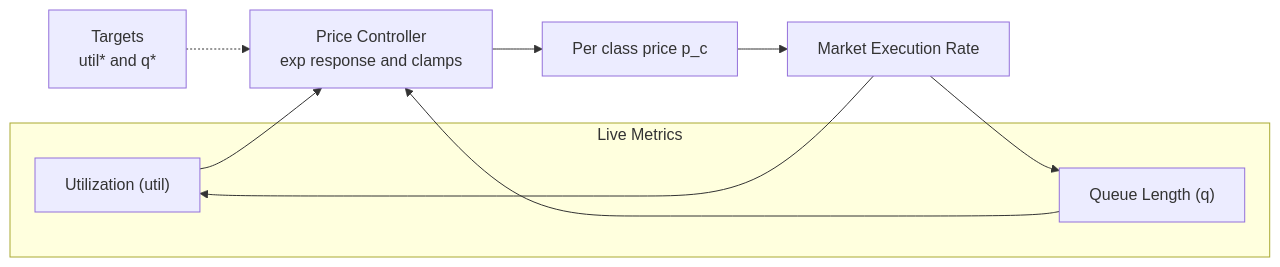
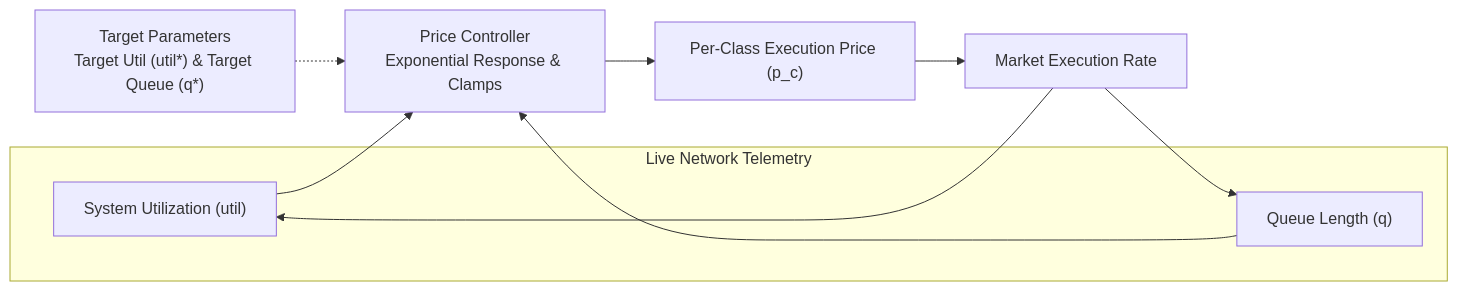
Before and after one commit to axionaxprotocol/nakharax: the fourth of 7 diagrams in docs/architecture/NAKHARAX_PROTOCOL.md, drawn with Mermaid. The commit also changed other lines of this file and 53 other files, not shown here.

````diff
--- a/docs/architecture/NAKHARAX_PROTOCOL.md
+++ b/docs/architecture/NAKHARAX_PROTOCOL.md
@@ -171,17 +152,17 @@
 ```mermaid
 flowchart LR
-    subgraph Metrics["Live Metrics"]
-        Util["Utilization (util)"]
+    subgraph Metrics["Live Network Telemetry"]
+        Util["System Utilization (util)"]
         Queue["Queue Length (q)"]
     end
-    Controller["Price Controller<br/>exp response and clamps"]
-    Prices["Per class price p_c"]
+    Controller["Price Controller<br/>Exponential Response & Clamps"]
+    Prices["Per-Class Execution Price (p_c)"]
     Market["Market Execution Rate"]
-    Target["Targets<br/>util* and q*"]
+    Target["Target Parameters<br/>Target Util (util*) & Target Queue (q*)"]
 
     Util --> Controller
     Queue --> Controller
     Target -.-> Controller
     Controller --> Prices --> Market --> Util
     Market --> Queue
 ```
````
